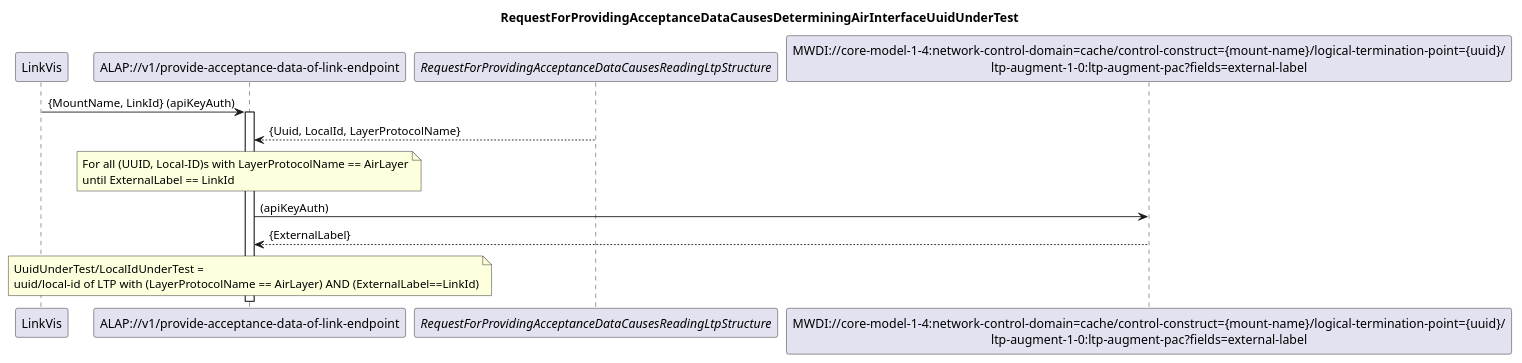
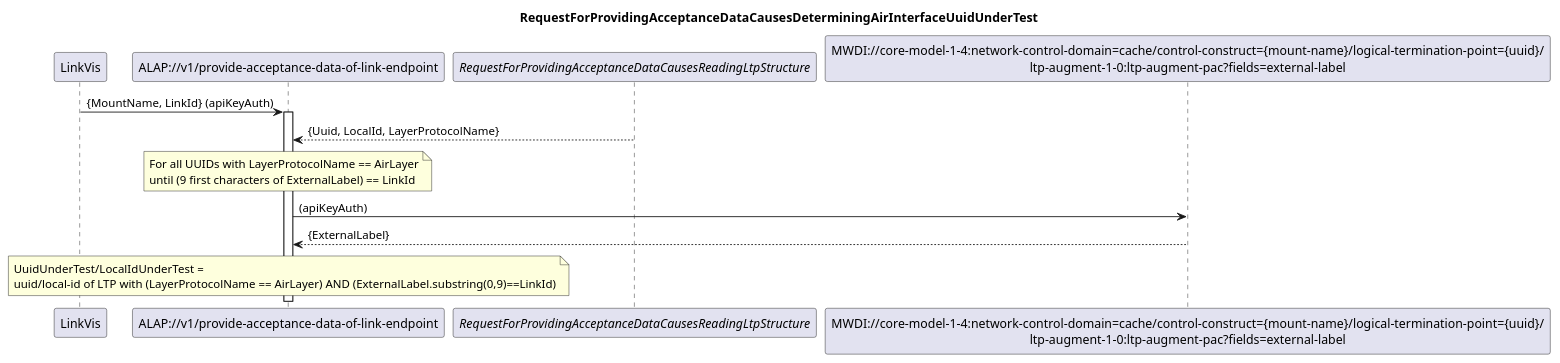
Before and after one commit to openBackhaul/AccessPlanningToolProxy: the diagram in spec/diagrams/101_DeterminingAirInterfaceUnderTest.plantuml, drawn with PlantUML. The commit also changed 1 other file, not shown here.

Commit message:
Correct notes over ALAP in diagram 101

```diff
--- a/spec/diagrams/101_DeterminingAirInterfaceUnderTest.plantuml
+++ b/spec/diagrams/101_DeterminingAirInterfaceUnderTest.plantuml
@@ -1,31 +1,31 @@
 @startuml 101_DeterminingAirInterfaceUnderTest
 skinparam responseMessageBelowArrow true
 
 title
 RequestForProvidingAcceptanceDataCausesDeterminingAirInterfaceUuidUnderTest
 end title
 
 participant "LinkVis" as LinkVis
 participant "ALAP://v1/provide-acceptance-data-of-link-endpoint" as ALAP
 participant "<i>RequestForProvidingAcceptanceDataCausesReadingLtpStructure</i>" as LTPs
 participant "MWDI://core-model-1-4:network-control-domain=cache/control-construct={mount-name}/logical-termination-point={uuid}/\nltp-augment-1-0:ltp-augment-pac?fields=external-label" as ExternalLabel
 
 LinkVis -> ALAP: {MountName, LinkId} (apiKeyAuth)
 activate ALAP
 
 LTPs --> ALAP: {Uuid, LocalId, LayerProtocolName}
 
 note over ALAP
-For all (UUID, Local-ID)s with LayerProtocolName == AirLayer
-until ExternalLabel == LinkId
+For all UUIDs with LayerProtocolName == AirLayer
+until (9 first characters of ExternalLabel) == LinkId
 end note
 
 ALAP -> ExternalLabel: (apiKeyAuth)
 ExternalLabel --> ALAP: {ExternalLabel}
 
 note over ALAP
 UuidUnderTest/LocalIdUnderTest = 
-uuid/local-id of LTP with (LayerProtocolName == AirLayer) AND (ExternalLabel==LinkId)
+uuid/local-id of LTP with (LayerProtocolName == AirLayer) AND (ExternalLabel.substring(0,9)==LinkId)
 end note
 
 @enduml
```
